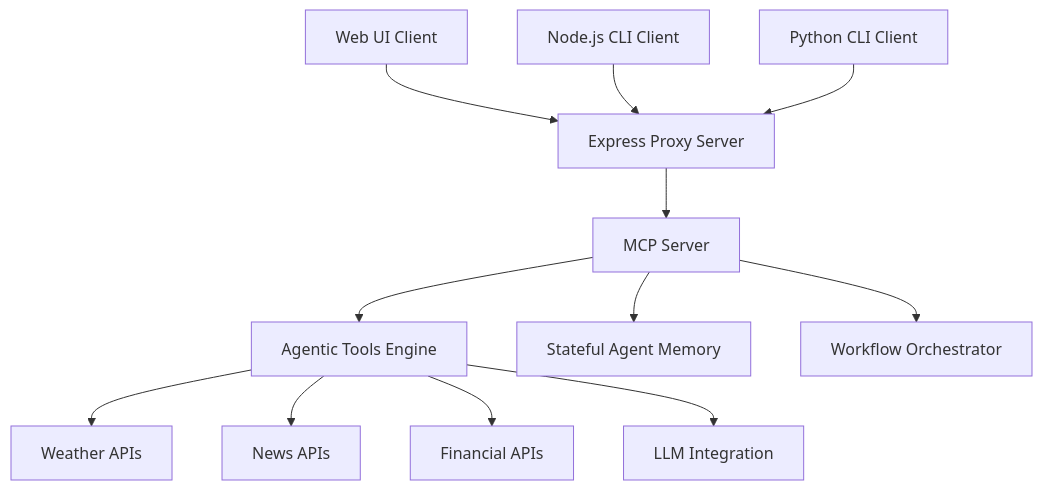
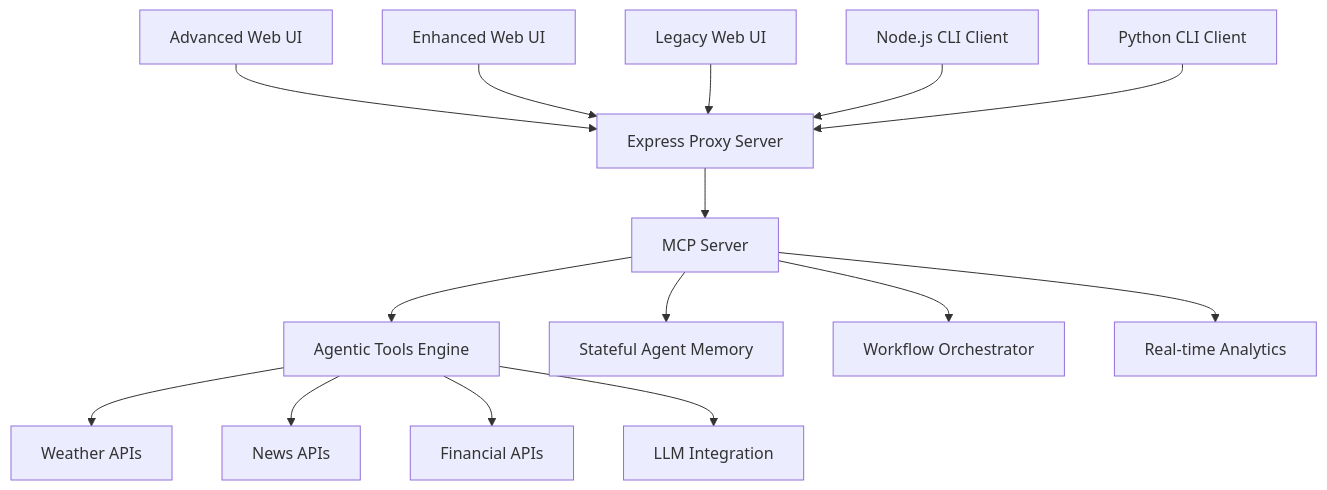
The diagram in PROJECT_DESCRIPTION.md (ssoward/mcp-agentic-fun), drawn with Mermaid before and after one commit. The commit also changed other lines of this file and 24 other files, not shown here.

First line of the commit message:
feat: Add advanced UI with editable JSON payloads and comprehensive MCP tool testing

````diff
--- a/PROJECT_DESCRIPTION.md
+++ b/PROJECT_DESCRIPTION.md
@@ -20,16 +21,19 @@
 ```mermaid
 graph TB
-    A[Web UI Client] --> D[Express Proxy Server]
-    B[Node.js CLI Client] --> D
-    C[Python CLI Client] --> D
+    A[Advanced Web UI] --> D[Express Proxy Server]
+    B[Enhanced Web UI] --> D
+    C[Legacy Web UI] --> D
+    E[Node.js CLI Client] --> D
+    F[Python CLI Client] --> D
     
-    D --> E[MCP Server]
-    E --> F[Agentic Tools Engine]
-    E --> G[Stateful Agent Memory]
-    E --> H[Workflow Orchestrator]
+    D --> G[MCP Server]
+    G --> H[Agentic Tools Engine]
+    G --> I[Stateful Agent Memory]
+    G --> J[Workflow Orchestrator]
+    G --> K[Real-time Analytics]
     
-    F --> I[Weather APIs]
-    F --> J[News APIs]
-    F --> K[Financial APIs]
-    F --> L[LLM Integration]
+    H --> L[Weather APIs]
+    H --> M[News APIs]
+    H --> N[Financial APIs]
+    H --> O[LLM Integration]
 ```
````
